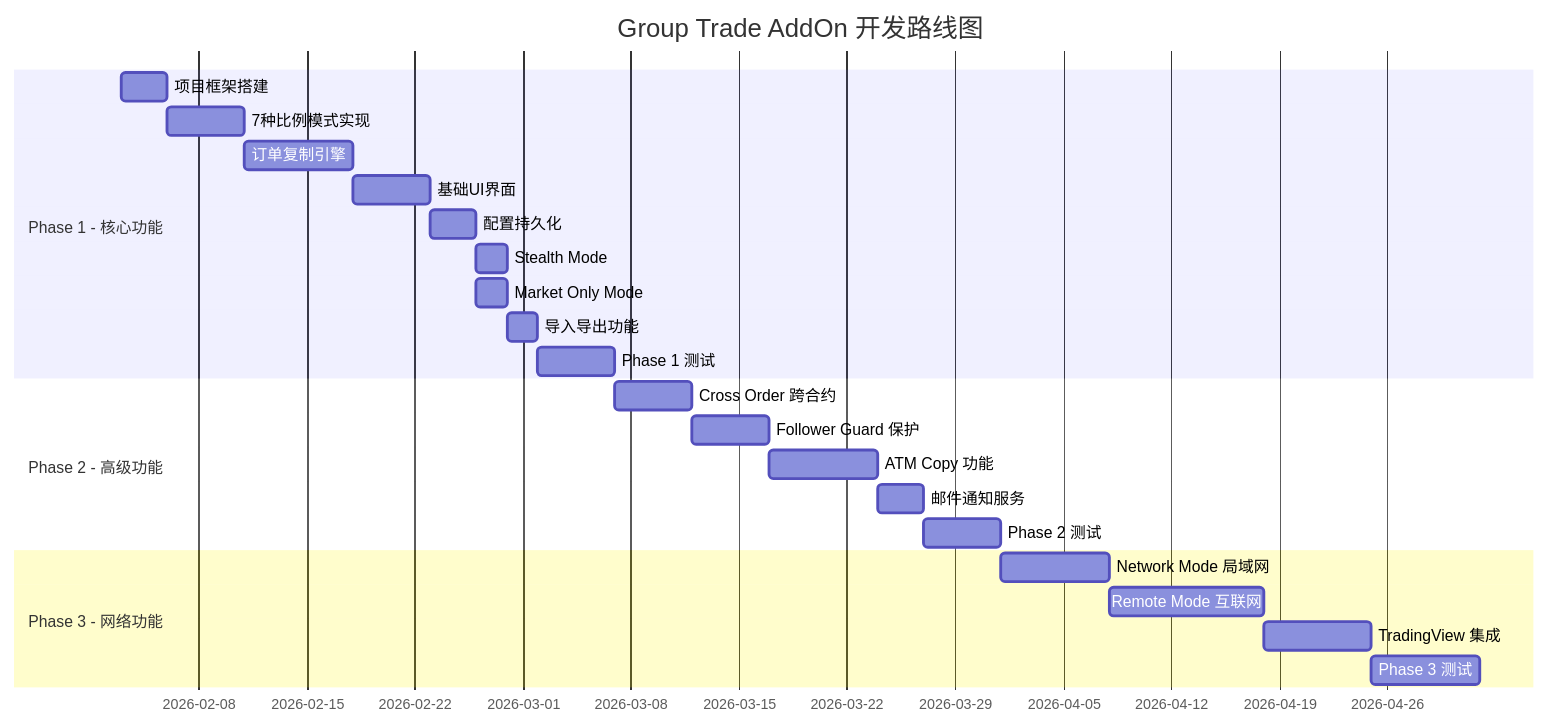
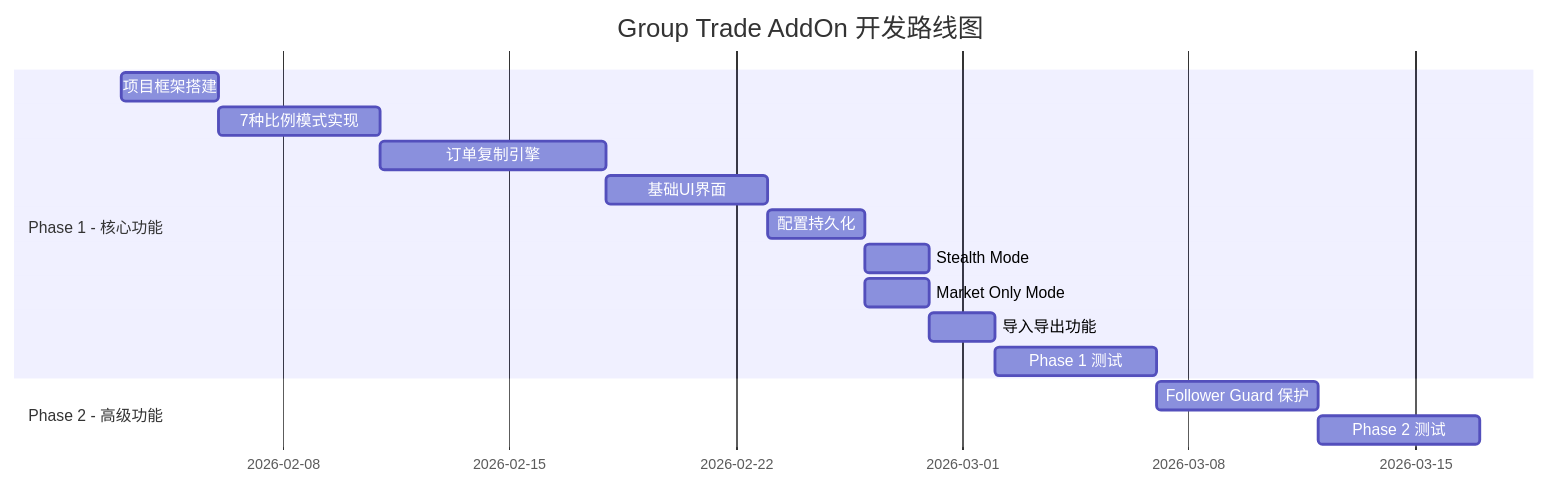
One commit to MrHuangJser/nt8-plugins changed diagram 18 of 19 in docs/GroupTradeAddOn-Architecture.md. Above: the diagram before and after it, drawn with Mermaid. The commit also changed other lines of this file and 21 other files, not shown here.

````diff
--- a/docs/GroupTradeAddOn-Architecture.md
+++ b/docs/GroupTradeAddOn-Architecture.md
@@ -1429,28 +1389,19 @@
 ```mermaid
 gantt
     title Group Trade AddOn 开发路线图
     dateFormat  YYYY-MM-DD
     section Phase 1 - 核心功能
     项目框架搭建           :p1_1, 2026-02-03, 3d
     7种比例模式实现        :p1_2, after p1_1, 5d
     订单复制引擎           :p1_3, after p1_2, 7d
     基础UI界面             :p1_4, after p1_3, 5d
     配置持久化             :p1_5, after p1_4, 3d
     Stealth Mode           :p1_6, after p1_5, 2d
     Market Only Mode       :p1_7, after p1_5, 2d
     导入导出功能           :p1_8, after p1_6, 2d
     Phase 1 测试           :p1_test, after p1_8, 5d
 
     section Phase 2 - 高级功能
-    Cross Order 跨合约     :p2_1, after p1_test, 5d
-    Follower Guard 保护    :p2_2, after p2_1, 5d
-    ATM Copy 功能          :p2_3, after p2_2, 7d
-    邮件通知服务           :p2_4, after p2_3, 3d
-    Phase 2 测试           :p2_test, after p2_4, 5d
-
-    section Phase 3 - 网络功能
-    Network Mode 局域网    :p3_1, after p2_test, 7d
-    Remote Mode 互联网     :p3_2, after p3_1, 10d
-    TradingView 集成       :p3_3, after p3_2, 7d
-    Phase 3 测试           :p3_test, after p3_3, 7d
+    Follower Guard 保护    :p2_1, after p1_test, 5d
+    Phase 2 测试           :p2_test, after p2_1, 5d
 ```
````
